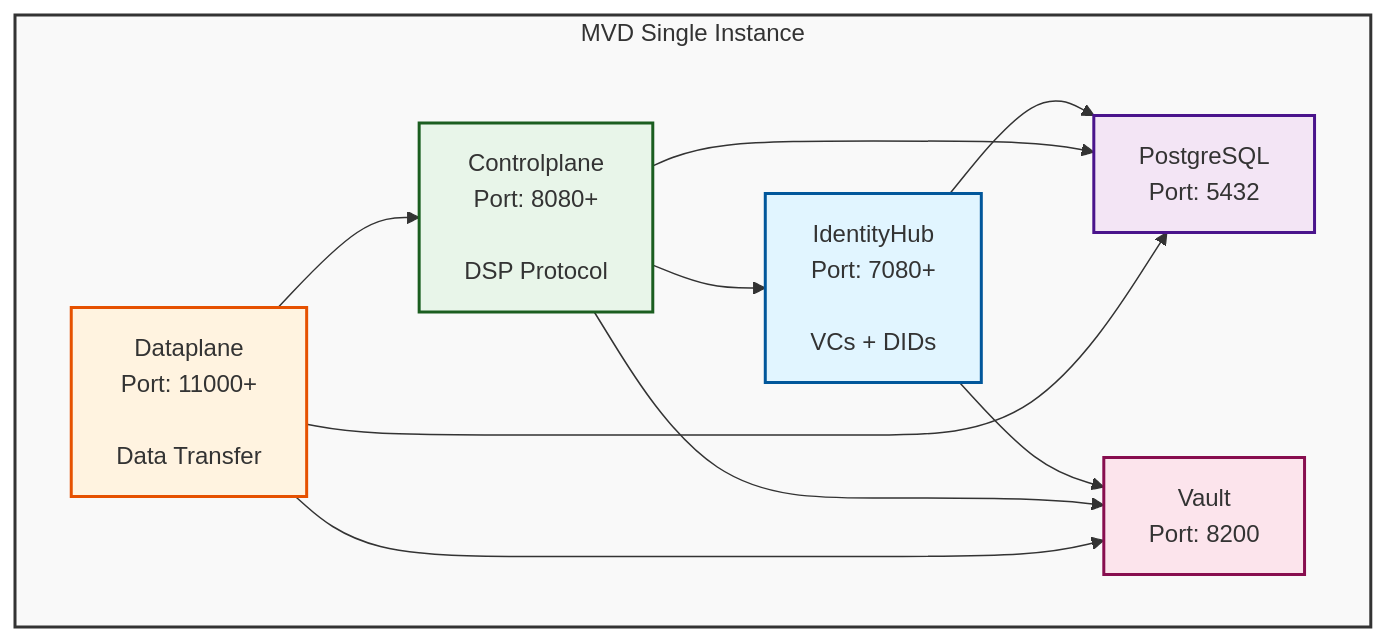
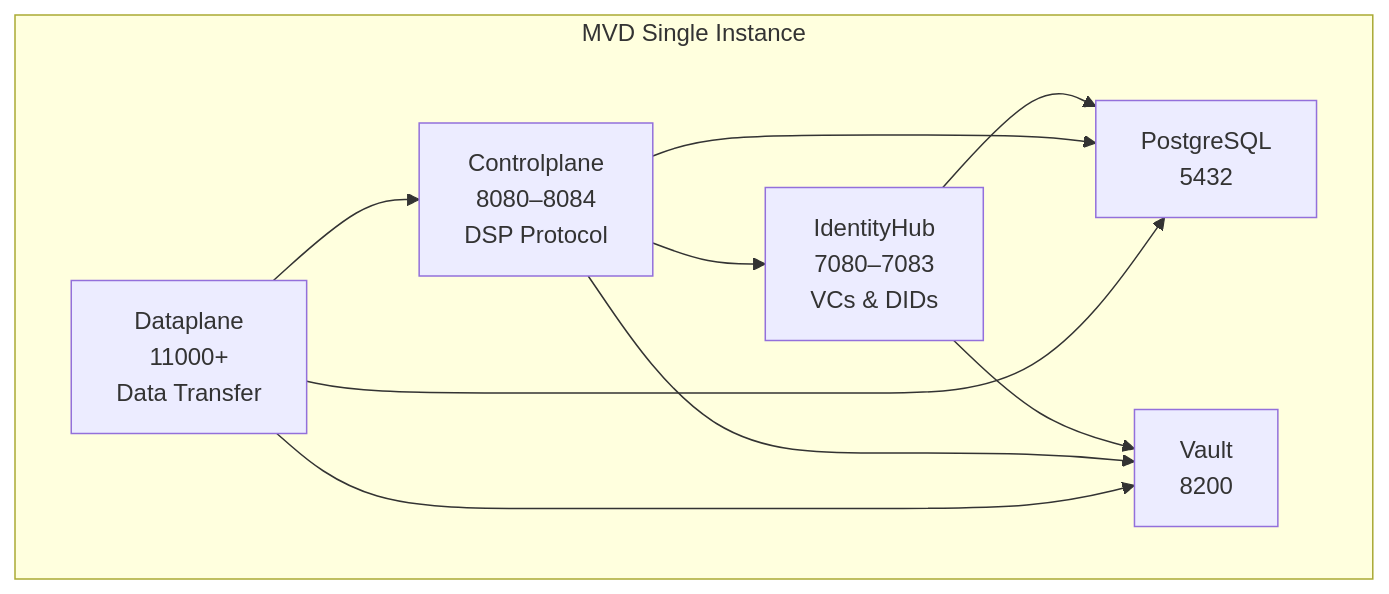
Before and after one commit to fundacionctic/edc-mvd-deploy-kit: the first of 2 diagrams in README.md, drawn with Mermaid. The commit also changed other lines of this file and 19 other files, not shown here.

Commit message:
♻️ Enhance configuration management by updating .env.example with detailed comments, adding environment variable templates for controlplane, dataplane, and identityhub, and implementing a script to generate configuration files from templates

````diff
--- a/README.md
+++ b/README.md
@@ -26,26 +88,19 @@
 ```mermaid
 graph TB
     subgraph MVD["MVD Single Instance"]
-        IH["IdentityHub<br/>Port: 7080+<br/><br/>VCs + DIDs"]
-        CP["Controlplane<br/>Port: 8080+<br/><br/>DSP Protocol"]
-        DP["Dataplane<br/>Port: 11000+<br/><br/>Data Transfer"]
-        PG["PostgreSQL<br/>Port: 5432"]
-        V["Vault<br/>Port: 8200"]
+        IH["IdentityHub<br/>7080–7083<br/>VCs & DIDs"]
+        CP["Controlplane<br/>8080–8084<br/>DSP Protocol"]
+        DP["Dataplane<br/>11000+<br/>Data Transfer"]
+        PG["PostgreSQL<br/>5432"]
+        V["Vault<br/>8200"]
 
         DP --> CP
         CP --> IH
         IH --> PG
         IH --> V
         CP --> PG
         DP --> PG
         CP --> V
         DP --> V
     end
-
-    style MVD fill:#f9f9f9,stroke:#333,stroke-width:2px
-    style IH fill:#e1f5ff,stroke:#01579b,stroke-width:2px
-    style CP fill:#e8f5e9,stroke:#1b5e20,stroke-width:2px
-    style DP fill:#fff3e0,stroke:#e65100,stroke-width:2px
-    style PG fill:#f3e5f5,stroke:#4a148c,stroke-width:2px
-    style V fill:#fce4ec,stroke:#880e4f,stroke-width:2px
 ```
````
